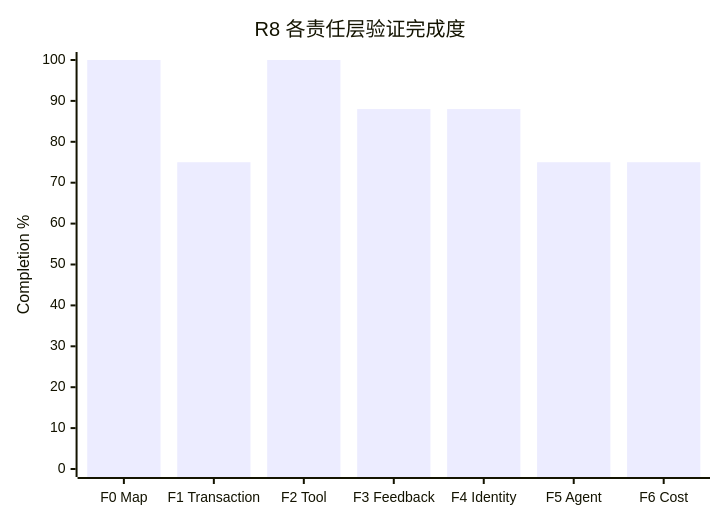
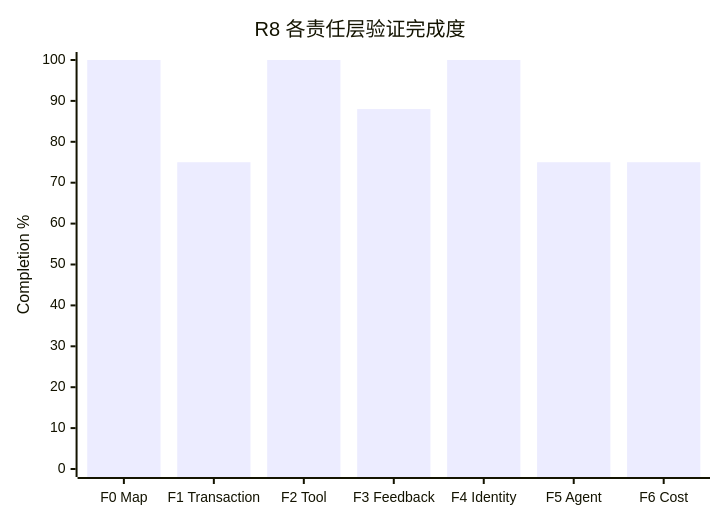
The diagram in docs/v0.0.5/build-R8/03-r8-current-progress.md (ceasarXuu/WhaleCode), drawn with Mermaid before and after one commit. The commit also changed other lines of this file and 11 other files, not shown here.

````diff
--- a/docs/v0.0.5/build-R8/03-r8-current-progress.md
+++ b/docs/v0.0.5/build-R8/03-r8-current-progress.md
@@ -17,7 +17,7 @@
 ```mermaid
 xychart-beta
   title "R8 各责任层验证完成度"
   x-axis ["F0 Map", "F1 Transaction", "F2 Tool", "F3 Feedback", "F4 Identity", "F5 Agent", "F6 Cost"]
   y-axis "Completion %" 0 --> 100
-  bar [100, 75, 100, 88, 88, 75, 75]
+  bar [100, 75, 100, 88, 100, 75, 75]
 ```
````
